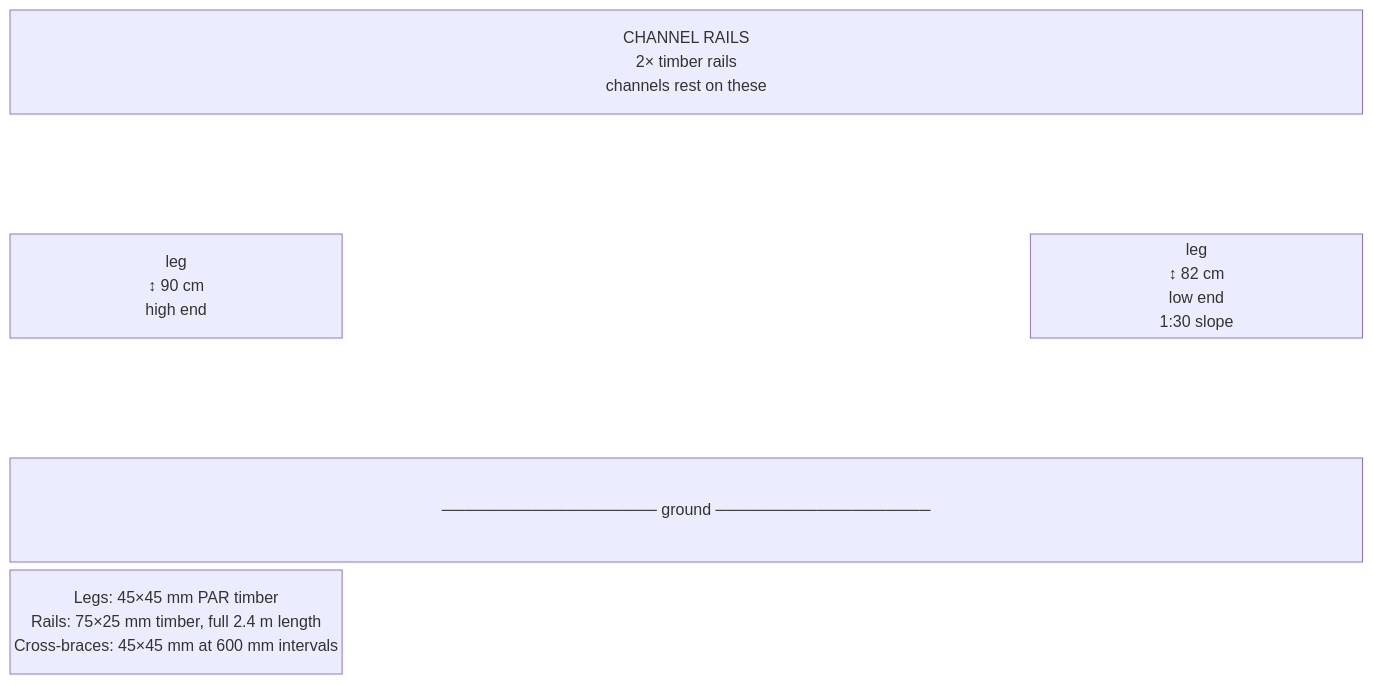
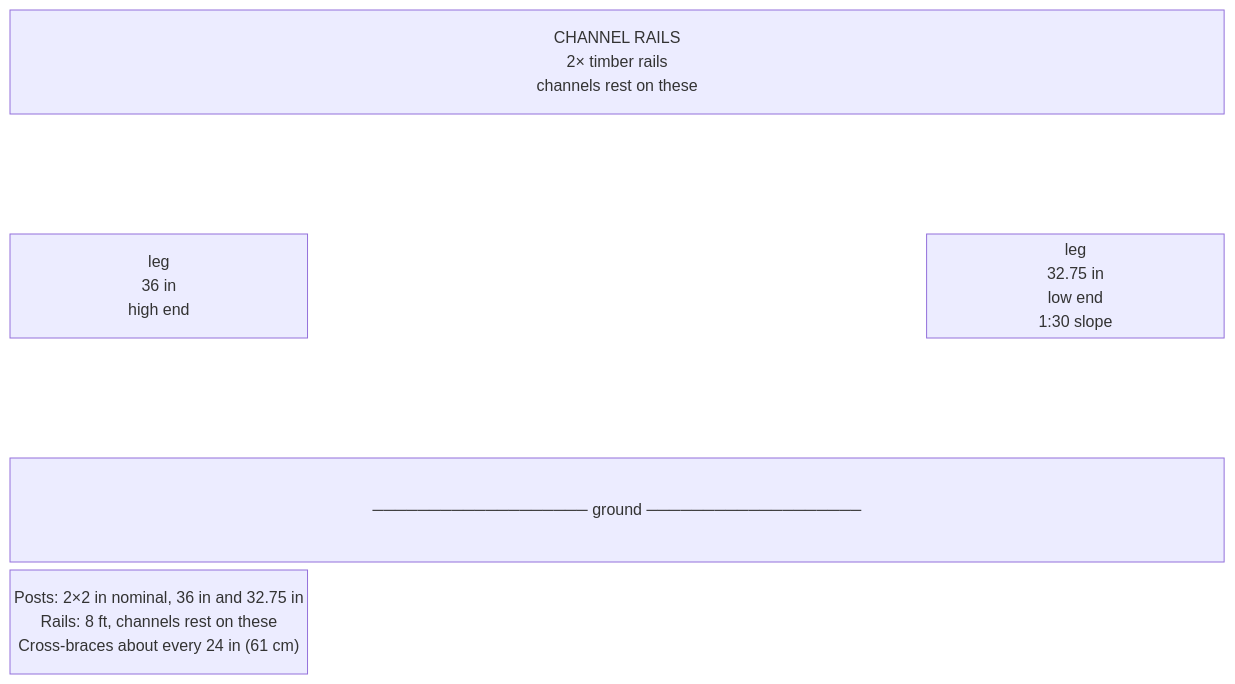
The sixth of 17 diagrams in guide/nft/11-build-guide.md (UncleJS/guide_hydroponics), drawn with Mermaid before and after one commit. The commit also changed other lines of this file and 35 other files, not shown here.

````diff
--- a/guide/nft/11-build-guide.md
+++ b/guide/nft/11-build-guide.md
@@ -296,10 +296,10 @@
 ```mermaid
 block-beta
     columns 4
     rails["CHANNEL RAILS<br/>2× timber rails<br/>channels rest on these"]:4
     space:4
-    LEG1["leg<br/>↕ 90 cm<br/>high end"] space:2 LEG4["leg<br/>↕ 82 cm<br/>low end<br/>1:30 slope"]
+    LEG1["leg<br/>36 in<br/>high end"] space:2 LEG4["leg<br/>32.75 in<br/>low end<br/>1:30 slope"]
     space:4
     ground["─────────────────── ground ───────────────────"]:4
-    note["Legs: 45×45 mm PAR timber<br/>Rails: 75×25 mm timber, full 2.4 m length<br/>Cross-braces: 45×45 mm at 600 mm intervals"]
+    note["Posts: 2×2 in nominal, 36 in and 32.75 in<br/>Rails: 8 ft, channels rest on these<br/>Cross-braces about every 24 in (61 cm)"]
 ```
````
